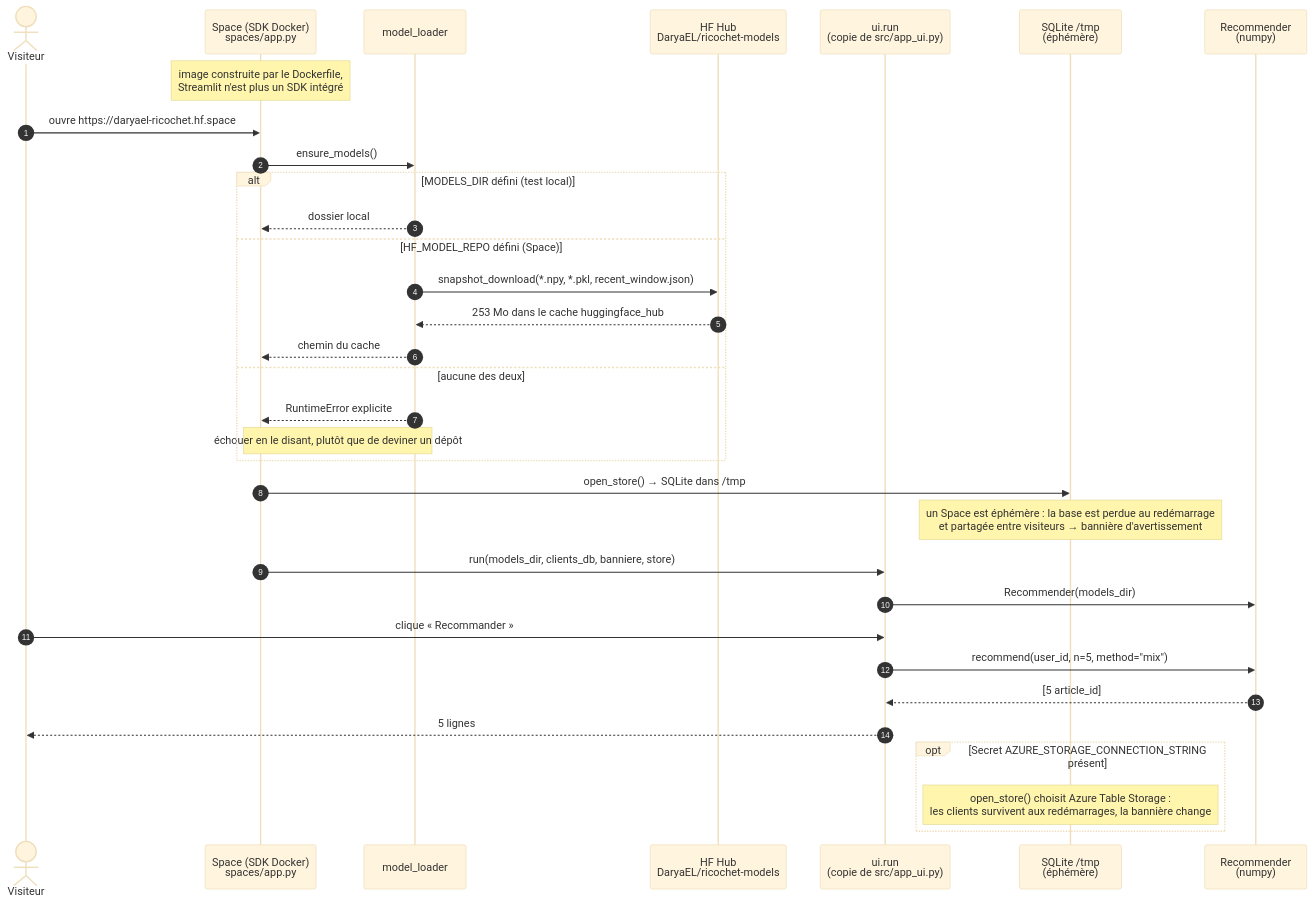
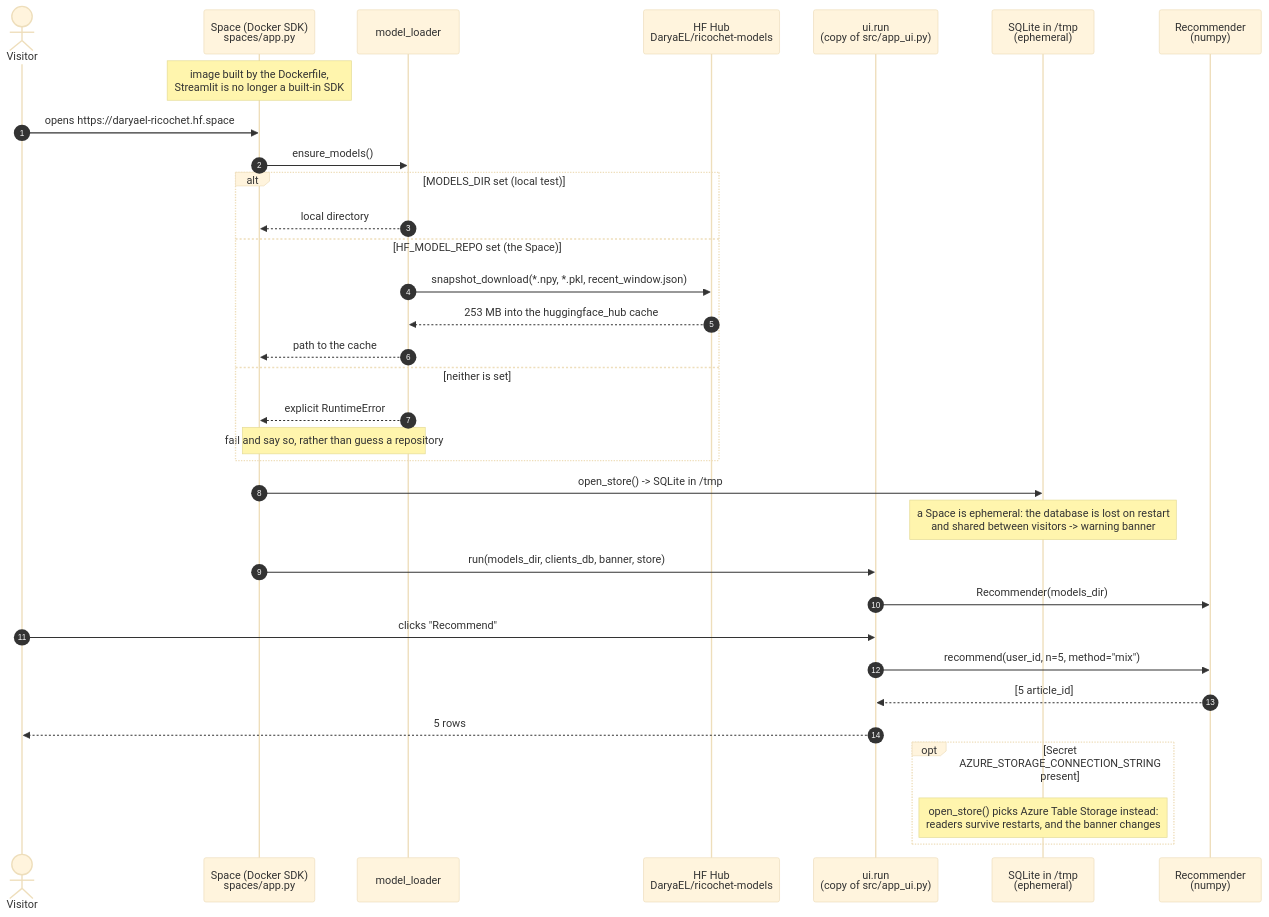
The second of 3 diagrams in docs/sequences.md (delnouty/Ricochet-content-recommendation), drawn with Mermaid (base theme) before and after one commit. The commit also changed other lines of this file and 7 other files, not shown here.

First line of the commit message:
Translate the sequence diagrams, the four READMEs and infra to English

````diff
--- a/docs/sequences.md
+++ b/docs/sequences.md
@@ -73,40 +71,40 @@
 ```mermaid
 sequenceDiagram
     autonumber
-    actor V as Visiteur
-    participant SP as Space (SDK Docker)<br/>spaces/app.py
+    actor V as Visitor
+    participant SP as Space (Docker SDK)<br/>spaces/app.py
     participant ML as model_loader
     participant HUB as HF Hub<br/>DaryaEL/ricochet-models
-    participant UI as ui.run<br/>(copie de src/app_ui.py)
-    participant DB as SQLite /tmp<br/>(éphémère)
+    participant UI as ui.run<br/>(copy of src/app_ui.py)
+    participant DB as SQLite in /tmp<br/>(ephemeral)
     participant R as Recommender<br/>(numpy)
 
-    Note over SP: image construite par le Dockerfile,<br/>Streamlit n'est plus un SDK intégré
+    Note over SP: image built by the Dockerfile,<br/>Streamlit is no longer a built-in SDK
 
-    V->>SP: ouvre https://daryael-ricochet.hf.space
+    V->>SP: opens https://daryael-ricochet.hf.space
     SP->>ML: ensure_models()
-    alt MODELS_DIR défini (test local)
-        ML-->>SP: dossier local
-    else HF_MODEL_REPO défini (Space)
+    alt MODELS_DIR set (local test)
+        ML-->>SP: local directory
+    else HF_MODEL_REPO set (the Space)
         ML->>HUB: snapshot_download(*.npy, *.pkl, recent_window.json)
-        HUB-->>ML: 253 Mo dans le cache huggingface_hub
-        ML-->>SP: chemin du cache
-    else aucune des deux
-        ML-->>SP: RuntimeError explicite
-        Note over ML,SP: échouer en le disant, plutôt que de deviner un dépôt
+        HUB-->>ML: 253 MB into the huggingface_hub cache
+        ML-->>SP: path to the cache
+    else neither is set
+        ML-->>SP: explicit RuntimeError
+        Note over ML,SP: fail and say so, rather than guess a repository
     end
 
-    SP->>DB: open_store() → SQLite dans /tmp
-    Note over DB: un Space est éphémère : la base est perdue au redémarrage<br/>et partagée entre visiteurs → bannière d'avertissement
-    SP->>UI: run(models_dir, clients_db, banniere, store)
+    SP->>DB: open_store() -> SQLite in /tmp
+    Note over DB: a Space is ephemeral: the database is lost on restart<br/>and shared between visitors -> warning banner
+    SP->>UI: run(models_dir, clients_db, banner, store)
     UI->>R: Recommender(models_dir)
 
-    V->>UI: clique « Recommander »
+    V->>UI: clicks "Recommend"
     UI->>R: recommend(user_id, n=5, method="mix")
     R-->>UI: [5 article_id]
-    UI-->>V: 5 lignes
+    UI-->>V: 5 rows
 
-    opt Secret AZURE_STORAGE_CONNECTION_STRING présent
-    Note over DB: open_store() choisit Azure Table Storage :<br/>les clients survivent aux redémarrages, la bannière change
+    opt Secret AZURE_STORAGE_CONNECTION_STRING present
+    Note over DB: open_store() picks Azure Table Storage instead:<br/>readers survive restarts, and the banner changes
     end
 ```
````
